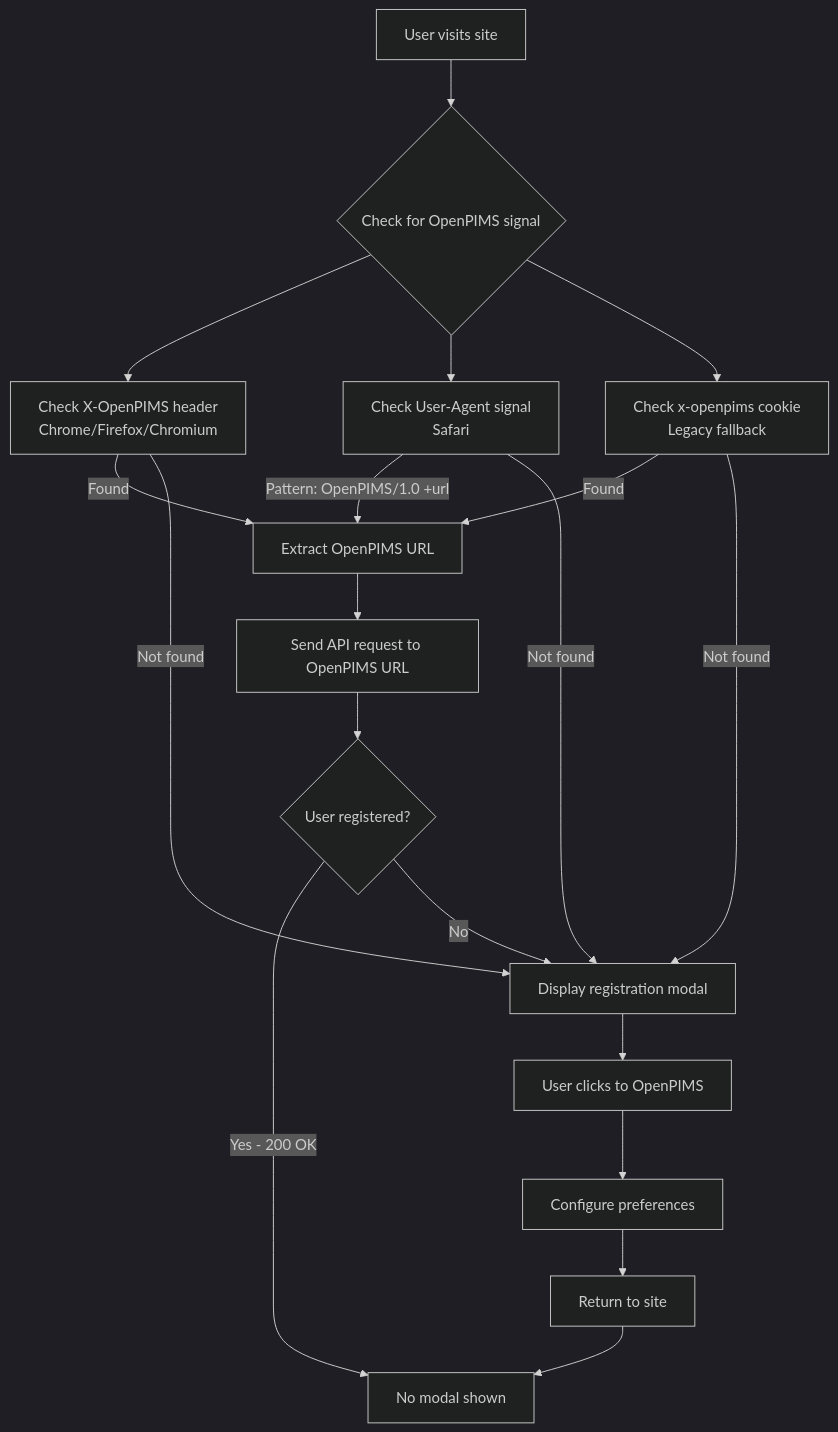
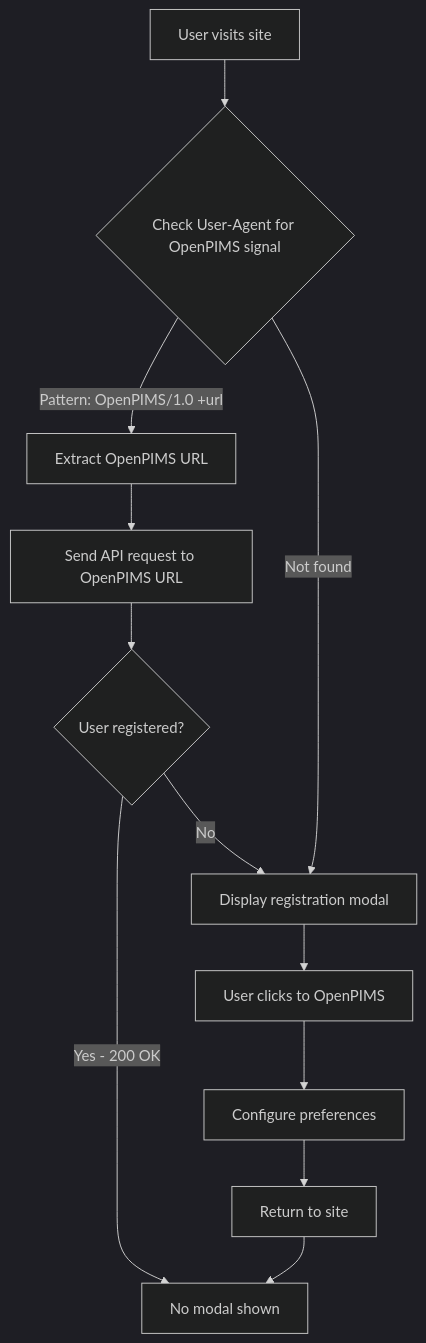
The diagram in README.md (openpims/wordpress), drawn with Mermaid (dark theme) before and after one commit. The commit also changed other lines of this file, not shown here.

````diff
--- a/README.md
+++ b/README.md
@@ -96,21 +96,14 @@
 ```mermaid
 graph TD
-    A[User visits site] --> B{Check for OpenPIMS signal}
-    B --> B1[Check X-OpenPIMS header<br/>Chrome/Firefox/Chromium]
-    B --> B2[Check User-Agent signal<br/>Safari]
-    B --> B3[Check x-openpims cookie<br/>Legacy fallback]
-    B1 -->|Found| C[Extract OpenPIMS URL]
-    B2 -->|Pattern: OpenPIMS/1.0 +url| C
-    B3 -->|Found| C
-    B1 -->|Not found| F[Display registration modal]
-    B2 -->|Not found| F
-    B3 -->|Not found| F
+    A[User visits site] --> B{Check User-Agent for OpenPIMS signal}
+    B -->|Pattern: OpenPIMS/1.0 +url| C[Extract OpenPIMS URL]
+    B -->|Not found| F[Display registration modal]
     C --> D[Send API request to OpenPIMS URL]
     D --> E{User registered?}
     E -->|Yes - 200 OK| G[No modal shown]
     E -->|No| F
     F --> H[User clicks to OpenPIMS]
     H --> I[Configure preferences]
     I --> J[Return to site]
     J --> G
 ```
````
